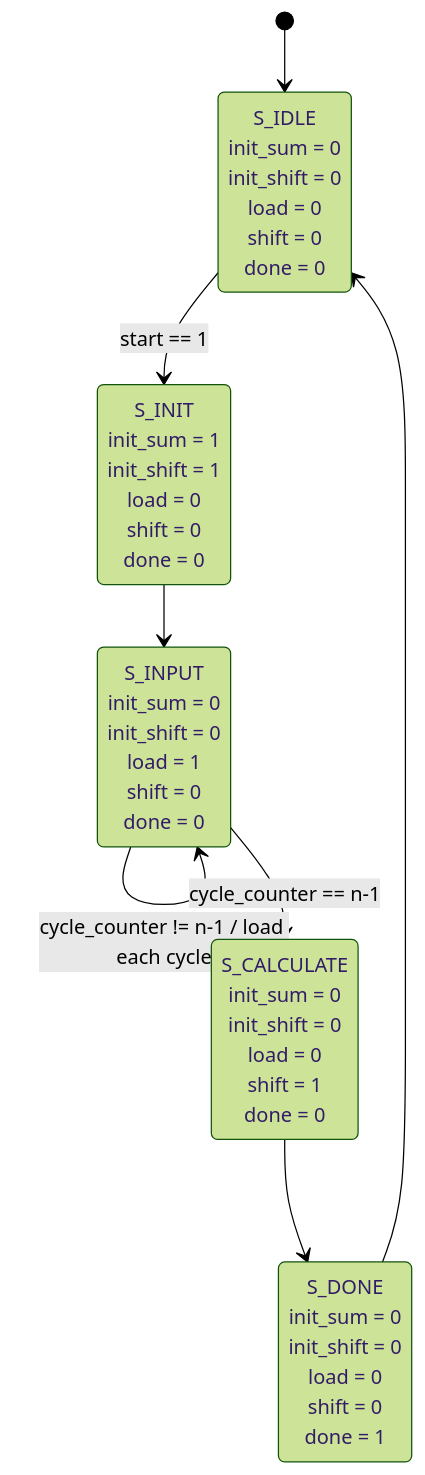
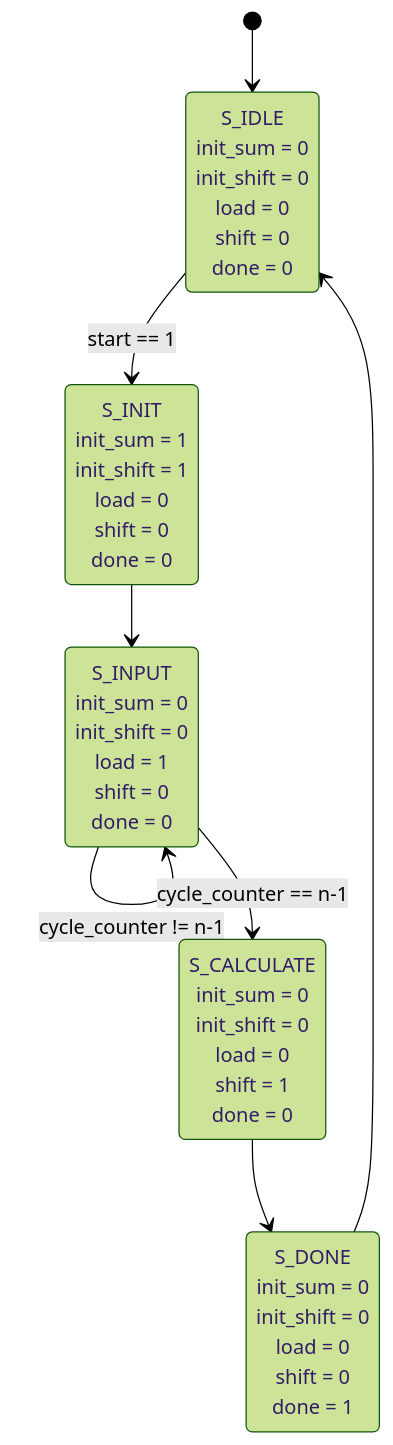
Before and after one commit to kth-ees/il2234ht25-hw3-ltrsunny: the second of 3 diagrams in q4/q4.md, drawn with Mermaid (forest theme). The commit also changed other lines of this file, not shown here.

````diff
--- a/q4/q4.md
+++ b/q4/q4.md
@@ -47,53 +47,53 @@
 ```mermaid
 stateDiagram-v2
   direction TB
 
   [*] --> S_IDLE
 
   state "
   S_IDLE
   init_sum = 0
   init_shift = 0
   load = 0
   shift = 0
   done = 0" as S_IDLE
 
   state "
   S_INIT
   init_sum = 1
   init_shift = 1
   load = 0
   shift = 0
   done = 0" as S_INIT
 
   state "
   S_INPUT
   init_sum = 0
   init_shift = 0
   load = 1
   shift = 0
   done = 0" as S_INPUT
 
   state "
   S_CALCULATE
   init_sum = 0
   init_shift = 0
   load = 0
   shift = 1
   done = 0" as S_CALCULATE
 
   state "
   S_DONE
   init_sum = 0
   init_shift = 0
   load = 0
   shift = 0
   done = 1" as S_DONE
 
   S_IDLE --> S_INIT: start == 1
   S_INIT --> S_INPUT
-  S_INPUT --> S_INPUT: cycle_counter != n-1 / load each cycle
+  S_INPUT --> S_INPUT: cycle_counter != n-1 
   S_INPUT --> S_CALCULATE: cycle_counter == n-1
   S_CALCULATE --> S_DONE 
   S_DONE --> S_IDLE
 ```
````
